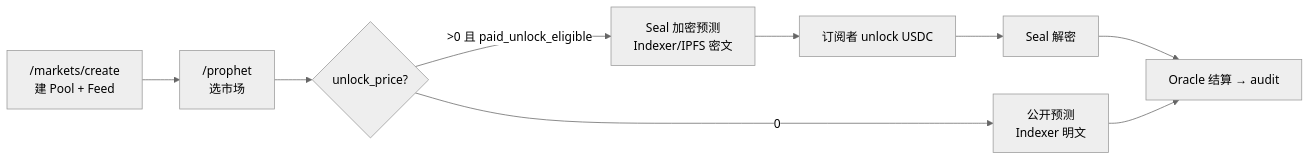
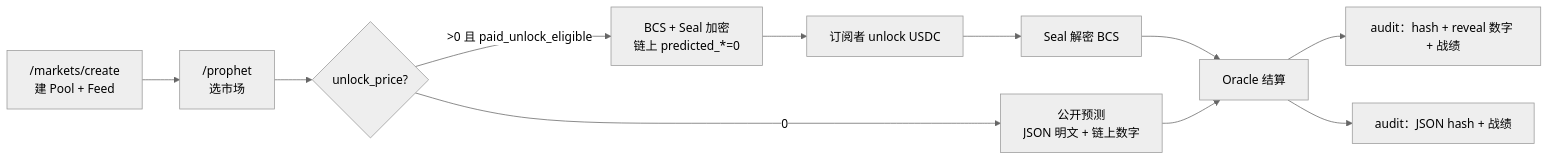
One commit to bamaao/x-market changed the diagram in docs/prophet-market-and-encryption-guide.zh.md. Above: the diagram before and after it, drawn with Mermaid (neutral theme). The commit also changed other lines of this file and 89 other files, not shown here.

First line of the commit message:
feat(prophet): paid prophecy BCS hiding and wallet-paid commits

````diff
--- a/docs/prophet-market-and-encryption-guide.zh.md
+++ b/docs/prophet-market-and-encryption-guide.zh.md
@@ -161,11 +167,13 @@
 ```mermaid
 flowchart LR
     A["/markets/create<br/>建 Pool + Feed"] --> B["/prophet<br/>选市场"]
     B --> C{"unlock_price?"}
-    C -->|0| D["公开预测<br/>Indexer 明文"]
-    C -->|">0 且 paid_unlock_eligible"| E["Seal 加密预测<br/>Indexer/IPFS 密文"]
+    C -->|0| D["公开预测<br/>JSON 明文 + 链上数字"]
+    C -->|">0 且 paid_unlock_eligible"| E["BCS + Seal 加密<br/>链上 predicted_*=0"]
     E --> F["订阅者 unlock USDC"]
-    F --> G["Seal 解密"]
-    G --> H["Oracle 结算 → audit"]
+    F --> G["Seal 解密 BCS"]
+    G --> H["Oracle 结算"]
+    H --> I["audit：hash + reveal 数字 + 战绩"]
     D --> H
+    H --> J["audit：JSON hash + 战绩"]
 ```
````
